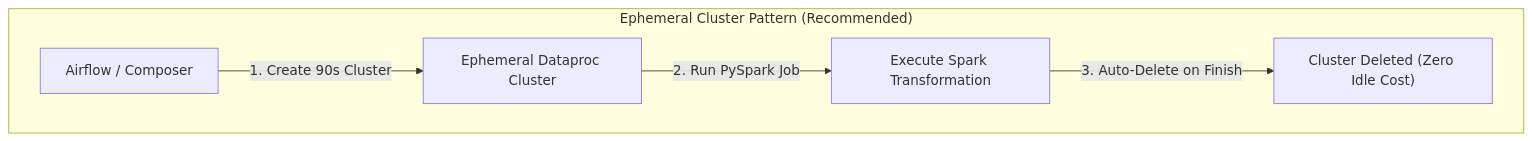
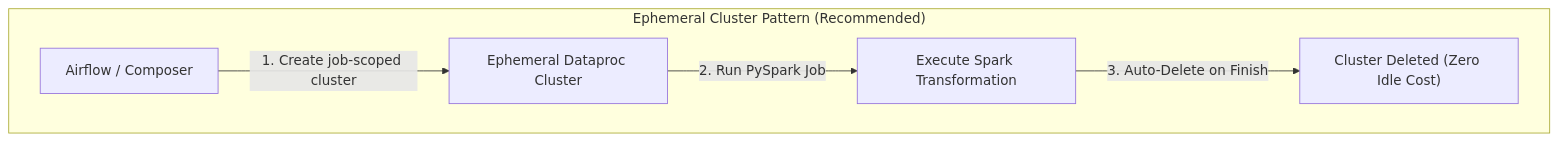
Before and after one commit to Rohit1024/data-engineer: the second of 2 diagrams in docs/lessons/0020-dataproc-architecture-ephemeral-clusters.md, drawn with Mermaid. The commit also changed other lines of this file and 60 other files, not shown here.

````diff
--- a/docs/lessons/0020-dataproc-architecture-ephemeral-clusters.md
+++ b/docs/lessons/0020-dataproc-architecture-ephemeral-clusters.md
@@ -43,8 +43,8 @@
 ``` mermaid
 flowchart TD
     subgraph EphemeralPattern["Ephemeral Cluster Pattern (Recommended)"]
-        Airflow["Airflow / Composer"] -->|"1. Create 90s Cluster"| NewCluster["Ephemeral Dataproc Cluster"]
+        Airflow["Airflow / Composer"] -->|"1. Create job-scoped cluster"| NewCluster["Ephemeral Dataproc Cluster"]
         NewCluster -->|"2. Run PySpark Job"| RunJob["Execute Spark Transformation"]
         RunJob -->|"3. Auto-Delete on Finish"| Destroy["Cluster Deleted (Zero Idle Cost)"]
     end
 ```
````
